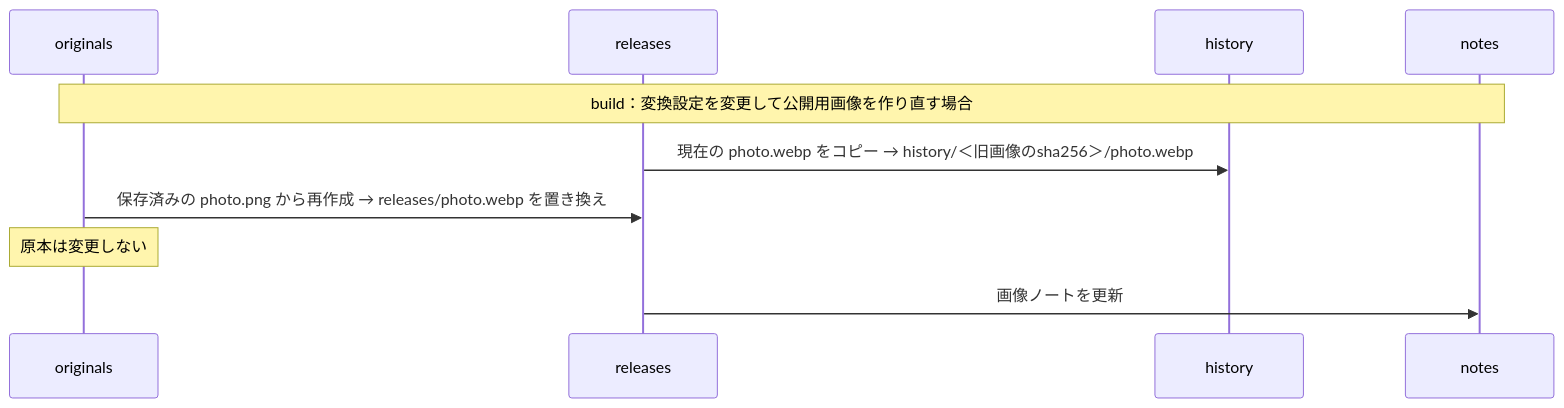
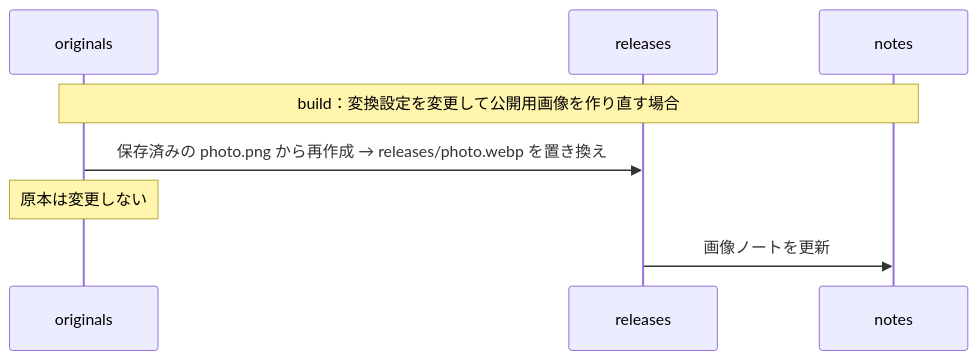
One commit to tuckn/tkn_object_storage_catalog changed the third of 5 diagrams in README.md. Above: the diagram before and after it, drawn with Mermaid. The commit also changed other lines of this file and 29 other files, not shown here.

````diff
--- a/README.md
+++ b/README.md
@@ -148,13 +148,11 @@
 ```mermaid
 sequenceDiagram
     participant Originals as originals
     participant Releases as releases
-    participant History as history
     participant Notes as notes
 
     Note over Originals,Notes: build：変換設定を変更して公開用画像を作り直す場合
-    Releases->>History: 現在の photo.webp をコピー → history/＜旧画像のsha256＞/photo.webp
     Originals->>Releases: 保存済みの photo.png から再作成 → releases/photo.webp を置き換え
     Note over Originals: 原本は変更しない
     Releases->>Notes: 画像ノートを更新
 ```
````
